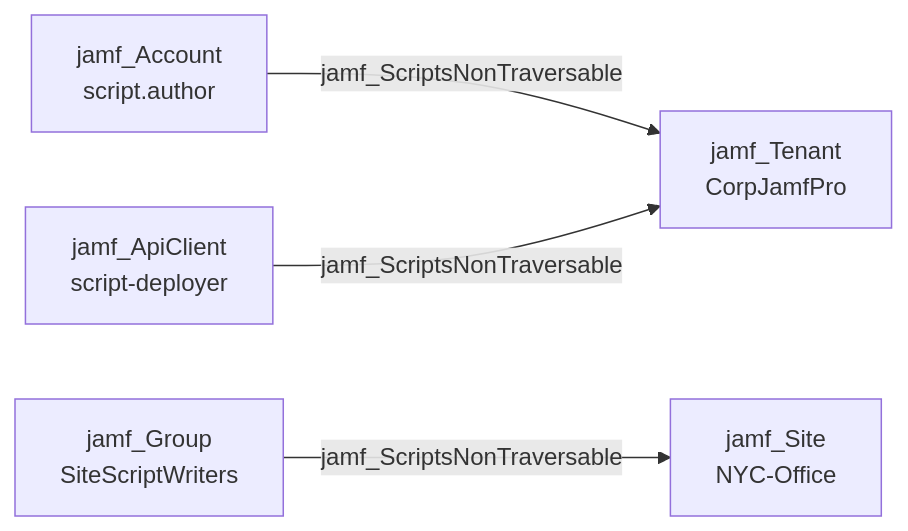
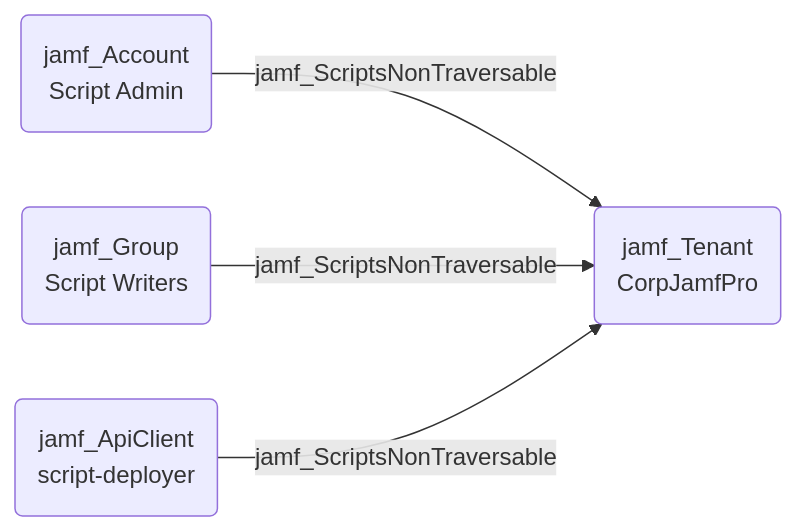
Before and after one commit to SpecterOps/bloodhound-docs: the diagram in docs/opengraph/extensions/jamfhound/reference/edges/jamf_scriptsnontraversable.mdx, drawn with Mermaid. The commit also changed other lines of this file and 33 other files, not shown here.

Commit message:
Updated documentation with revised mermaid diagrams

````diff
--- a/docs/opengraph/extensions/jamfhound/reference/edges/jamf_scriptsnontraversable.mdx
+++ b/docs/opengraph/extensions/jamfhound/reference/edges/jamf_scriptsnontraversable.mdx
@@ -18,6 +18,14 @@
 ```mermaid
 graph LR
-    A["jamf_Account\nscript.author"] -->|jamf_ScriptsNonTraversable| B["jamf_Tenant\nCorpJamfPro"]
-    C["jamf_Group\nSiteScriptWriters"] -->|jamf_ScriptsNonTraversable| D["jamf_Site\nNYC-Office"]
-    E["jamf_ApiClient\nscript-deployer"] -->|jamf_ScriptsNonTraversable| B
+    A("jamf_Account
+Script Admin")
+    B("jamf_Tenant
+CorpJamfPro")
+    C("jamf_Group
+Script Writers")
+    D("jamf_ApiClient
+script-deployer")
+    A -- jamf_ScriptsNonTraversable --> B
+    C -- jamf_ScriptsNonTraversable --> B
+    D -- jamf_ScriptsNonTraversable --> B
 ```
````
